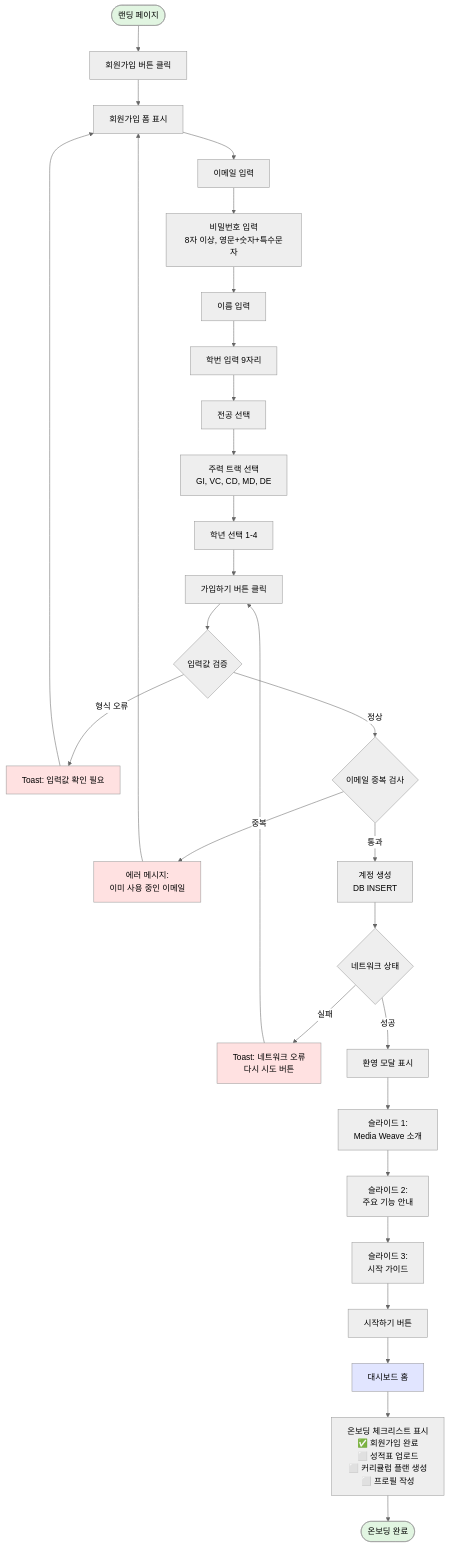
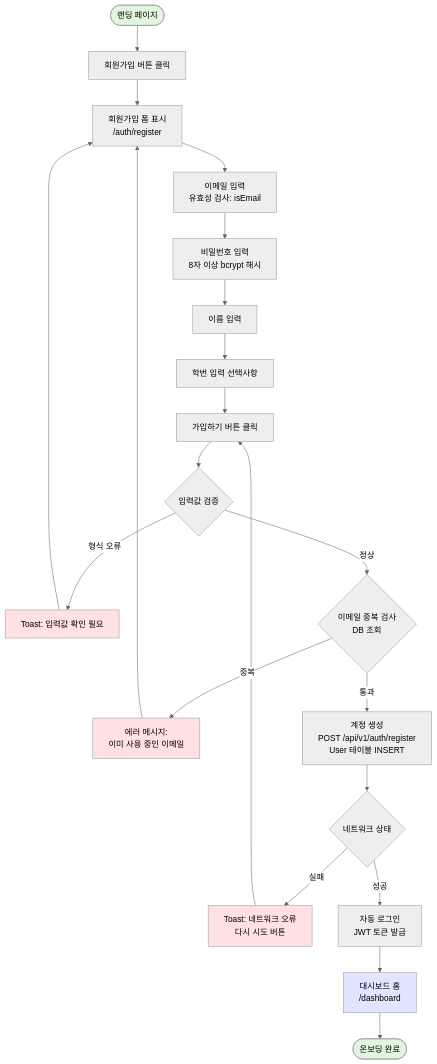
One commit to alpha7179/PWD_MediaWeave changed the first of 16 diagrams in Docs/8. [Design] User Flow.md. Above: the diagram before and after it, drawn with Mermaid (neutral theme). The commit also changed other lines of this file and 15 other files, not shown here.

````diff
--- a/Docs/8. [Design] User Flow.md
+++ b/Docs/8. [Design] User Flow.md
@@ -33,44 +34,35 @@
 ```mermaid
 flowchart TD
     Start([랜딩 페이지]) --> SignupBtn[회원가입 버튼 클릭]
-    SignupBtn --> Form[회원가입 폼 표시]
+    SignupBtn --> Form[회원가입 폼 표시<br/>/auth/register]
     
-    Form --> InputEmail[이메일 입력]
-    InputEmail --> InputPwd[비밀번호 입력<br/>8자 이상, 영문+숫자+특수문자]
+    Form --> InputEmail[이메일 입력<br/>유효성 검사: isEmail]
+    InputEmail --> InputPwd[비밀번호 입력<br/>8자 이상 bcrypt 해시]
     InputPwd --> InputName[이름 입력]
-    InputName --> InputStudentId[학번 입력 9자리]
-    InputStudentId --> SelectMajor[전공 선택]
-    SelectMajor --> SelectTrack[주력 트랙 선택<br/>GI, VC, CD, MD, DE]
-    SelectTrack --> SelectGrade[학년 선택 1-4]
-    SelectGrade --> Submit[가입하기 버튼 클릭]
+    InputName --> InputStudentId[학번 입력 선택사항]
+    InputStudentId --> Submit[가입하기 버튼 클릭]
     
     Submit --> Validate{입력값 검증}
     Validate -->|형식 오류| ValidationError[Toast: 입력값 확인 필요]
     ValidationError --> Form
     
-    Validate -->|정상| DupCheck{이메일 중복 검사}
+    Validate -->|정상| DupCheck{이메일 중복 검사<br/>DB 조회}
     DupCheck -->|중복| DupError[에러 메시지:<br/>이미 사용 중인 이메일]
     DupError --> Form
     
-    DupCheck -->|통과| CreateAccount[계정 생성<br/>DB INSERT]
+    DupCheck -->|통과| CreateAccount[계정 생성<br/>POST /api/v1/auth/register<br/>User 테이블 INSERT]
     CreateAccount --> NetworkCheck{네트워크 상태}
     NetworkCheck -->|실패| NetworkError[Toast: 네트워크 오류<br/>다시 시도 버튼]
     NetworkError --> Submit
     
-    NetworkCheck -->|성공| WelcomeModal[환영 모달 표시]
-    WelcomeModal --> Slide1[슬라이드 1:<br/>Media Weave 소개]
-    Slide1 --> Slide2[슬라이드 2:<br/>주요 기능 안내]
-    Slide2 --> Slide3[슬라이드 3:<br/>시작 가이드]
-    Slide3 --> StartBtn[시작하기 버튼]
-    
-    StartBtn --> Dashboard[대시보드 홈]
-    Dashboard --> Checklist[온보딩 체크리스트 표시<br/>✅ 회원가입 완료<br/>⬜ 성적표 업로드<br/>⬜ 커리큘럼 플랜 생성<br/>⬜ 프로필 작성]
-    Checklist --> End([온보딩 완료])
+    NetworkCheck -->|성공| AutoLogin[자동 로그인<br/>JWT 토큰 발급]
+    AutoLogin --> Dashboard[대시보드 홈<br/>/dashboard]
+    Dashboard --> End([온보딩 완료])
     
     style Start fill:#e1f5e1
     style End fill:#e1f5e1
     style ValidationError fill:#ffe1e1
     style DupError fill:#ffe1e1
     style NetworkError fill:#ffe1e1
     style Dashboard fill:#e1e5ff
 ```
````
